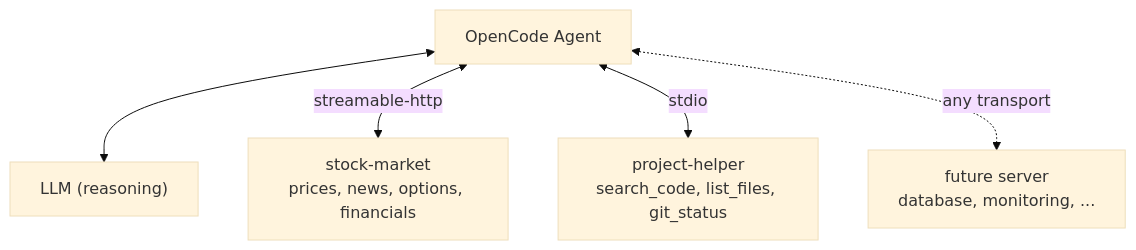
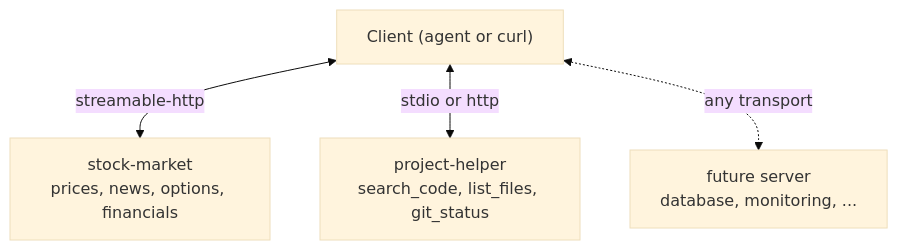
Before and after one commit to rrbanda/mcp-dev-workshop: the diagram in content/modules/ROOT/pages/09-module-07-compose.adoc, drawn with Mermaid (base theme). The commit also changed other lines of this file and 12 other files, not shown here.

```diff
--- a/content/modules/ROOT/pages/09-module-07-compose.adoc
+++ b/content/modules/ROOT/pages/09-module-07-compose.adoc
@@ -102,14 +198,12 @@
 [mermaid]
 ....
 flowchart TD
-    Agent["OpenCode Agent"]
-    LLM["LLM (reasoning)"]
+    Client["Client (agent or curl)"]
     S1["stock-market<br/>prices, news, options, financials"]
     S2["project-helper<br/>search_code, list_files, git_status"]
     S3["future server<br/>database, monitoring, ..."]
 
-    Agent <--> LLM
-    Agent <-->|streamable-http| S1
-    Agent <-->|stdio| S2
-    Agent <-.->|any transport| S3
+    Client <-->|streamable-http| S1
+    Client <-->|stdio or http| S2
+    Client <-.->|any transport| S3
 ....
```
